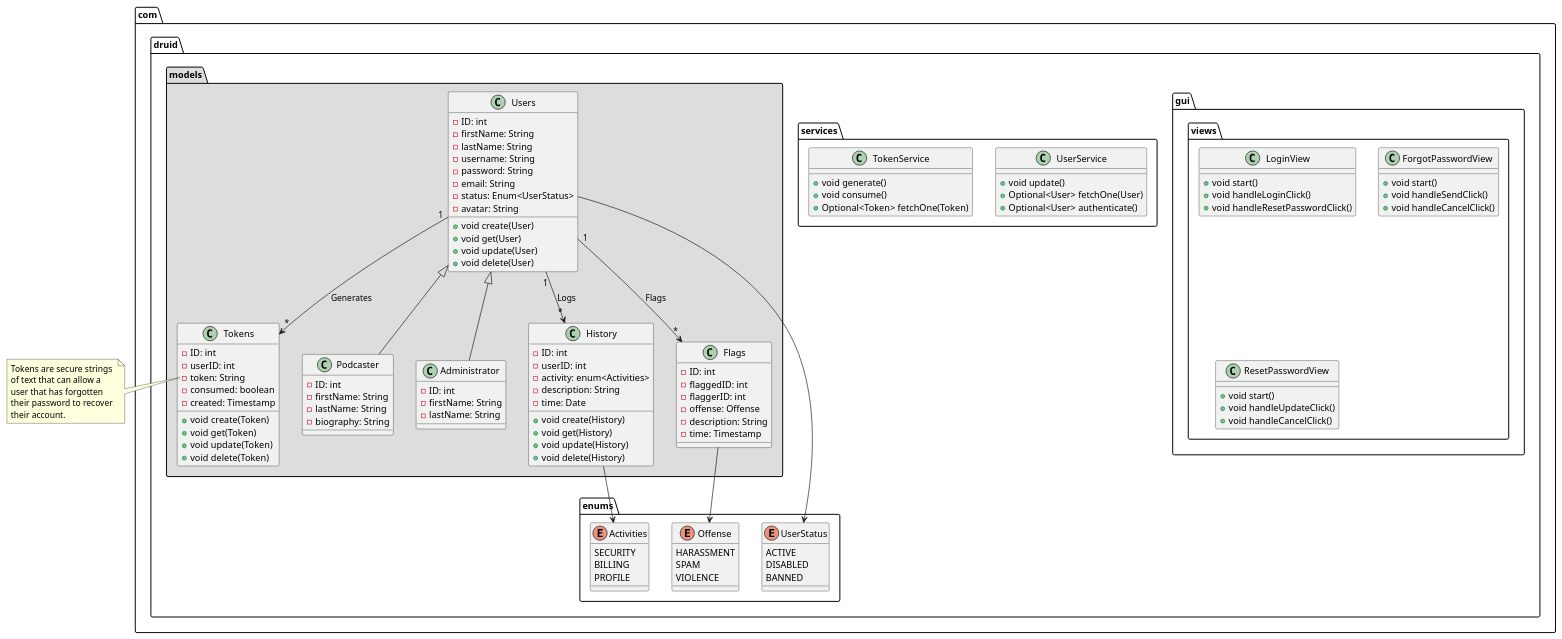
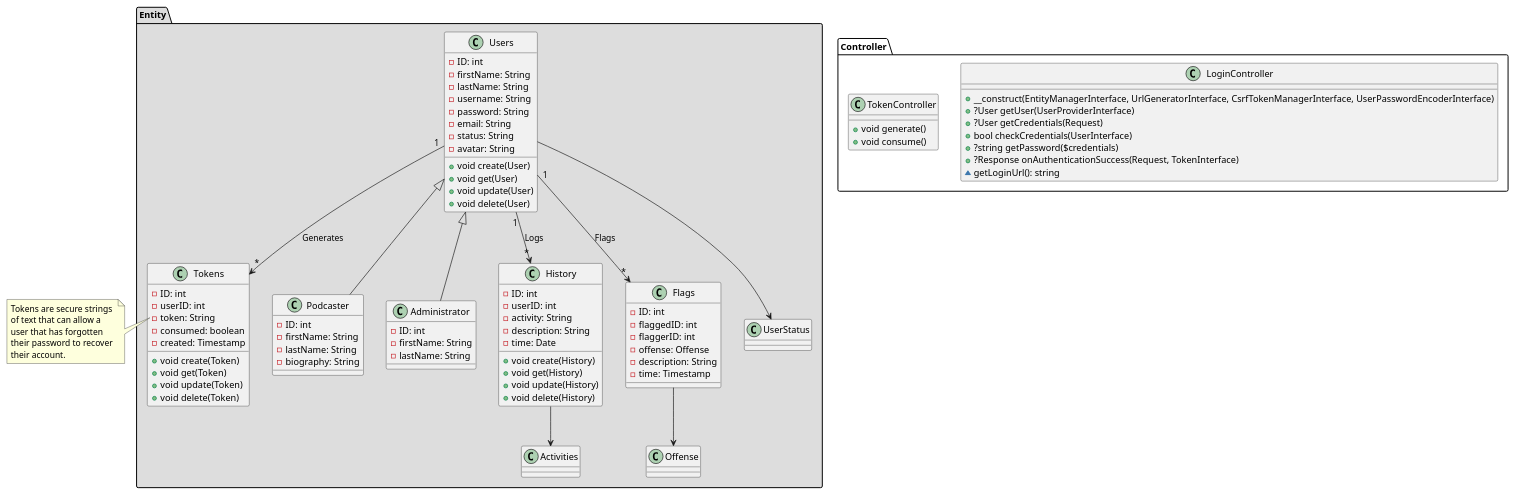
Before and after one commit to Druid-ESPRIT/magnum-docs: the diagram in doc/classes.org, drawn with PlantUML. The commit also changed other lines of this file and 4 other files, not shown here.

Commit message:
chore: update diagrams to reflect new stack

```diff
--- a/doc/classes.org
+++ b/doc/classes.org
@@ -6,59 +6,23 @@
 #+begin_src plantuml :file export/class/user.svg
-package com.druid.gui.views {
-   class LoginView {
-      + void start()
-      + void handleLoginClick()
-      + void handleResetPasswordClick()
+package Controller {
+
+   class LoginController {
+      + __construct(EntityManagerInterface, UrlGeneratorInterface, CsrfTokenManagerInterface, UserPasswordEncoderInterface)
+      + ?User getUser(UserProviderInterface)
+      + ?User getCredentials(Request)
+      + bool checkCredentials(UserInterface)
+      + ?string getPassword($credentials)
+      + ?Response onAuthenticationSuccess(Request, TokenInterface)
+      ~ getLoginUrl(): string
    }
 
-   class ForgotPasswordView {
-      + void start()
-      + void handleSendClick()
-      + void handleCancelClick()
-   }
-
-   class ResetPasswordView {
-      + void start()
-      + void handleUpdateClick()
-      + void handleCancelClick()
+   class TokenController {
+      + void generate()
+      + void consume()
    }
 }
 
-package com.druid.services {
-   class UserService {
-      + void update()
-      + Optional<User> fetchOne(User)
-      + Optional<User> authenticate()
-   }
-
-   class TokenService {
-      + void generate()
-      + void consume()
-      + Optional<Token> fetchOne(Token)
-   }
-}
-
-package com.druid.enums {
-   enum UserStatus {
-      ACTIVE 
-      DISABLED
-      BANNED
-   }
-
-   enum Activities {
-      SECURITY
-      BILLING
-      PROFILE
-   }
-
-   enum Offense {
-      HARASSMENT 
-      SPAM
-      VIOLENCE
-   }
-}
-
-package com.druid.models #DDDDDD {
+package Entity #DDDDDD {
 
 Users <|-- Podcaster
 Users <|-- Administrator
@@ -78,7 +42,7 @@
       - username: String 
       - password: String 
       - email: String 
-      - status: Enum<UserStatus>
+      - status: String
       - avatar: String
       + void create(User)
       + void get(User)
@@ -114,7 +78,7 @@
     class History {
       - ID: int
       - userID: int
-      - activity: enum<Activities>
+      - activity: String
       - description: String
       - time: Date
       + void create(History)
```
